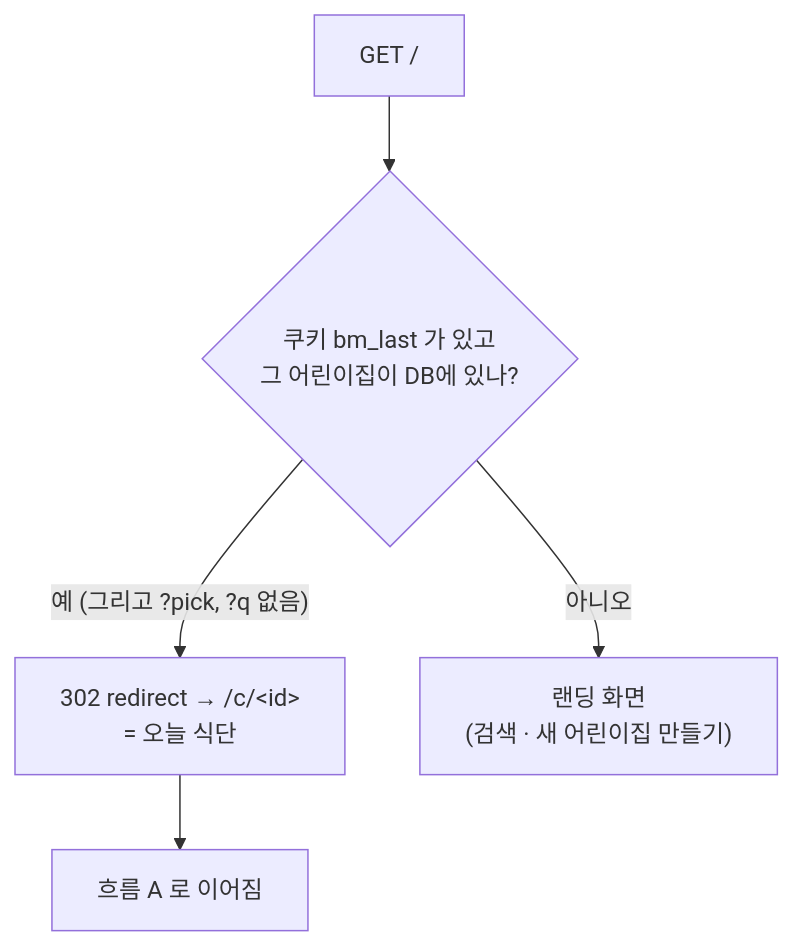
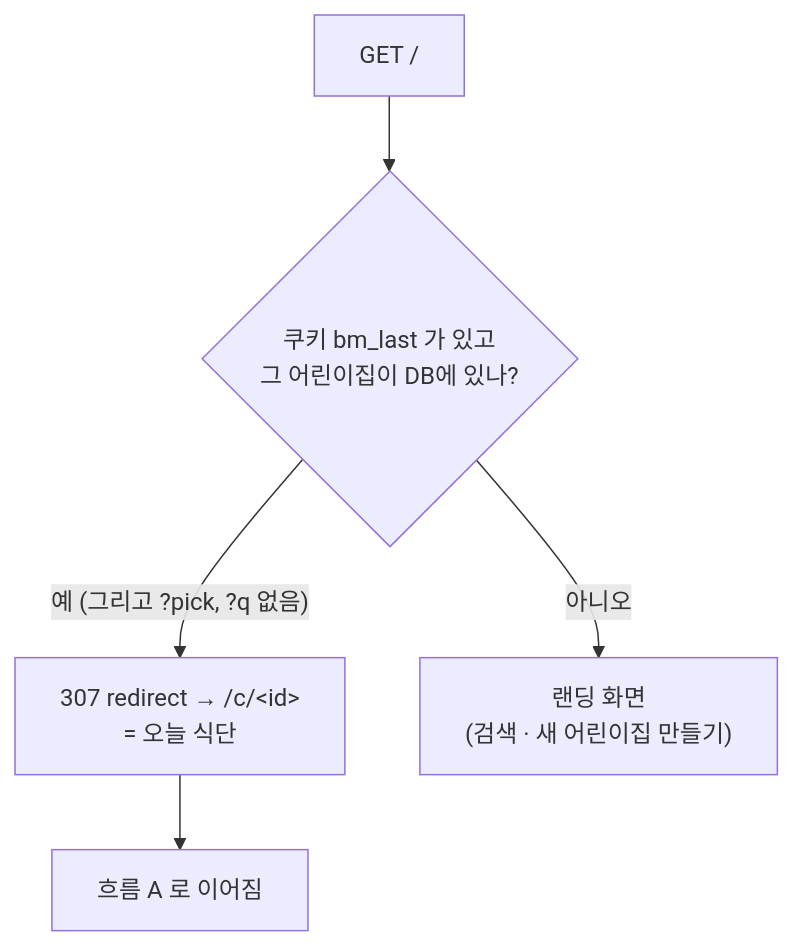
One commit to izowooi/crispy-web changed the fourth of 5 diagrams in menu/learn/00-big-picture.md. Above: the diagram before and after it, drawn with Mermaid. The commit also changed 3 other files, not shown here.

````diff
--- a/menu/learn/00-big-picture.md
+++ b/menu/learn/00-big-picture.md
@@ -128,7 +128,7 @@
 ```mermaid
 flowchart TD
   S["GET /"] --> Q{"쿠키 bm_last 가 있고<br/>그 어린이집이 DB에 있나?"}
-  Q -- "예 (그리고 ?pick, ?q 없음)" --> R["302 redirect → /c/&lt;id&gt;<br/>= 오늘 식단"]
+  Q -- "예 (그리고 ?pick, ?q 없음)" --> R["307 redirect → /c/&lt;id&gt;<br/>= 오늘 식단"]
   Q -- "아니오" --> L["랜딩 화면<br/>(검색 · 새 어린이집 만들기)"]
   R --> V["흐름 A 로 이어짐"]
 ```
````
